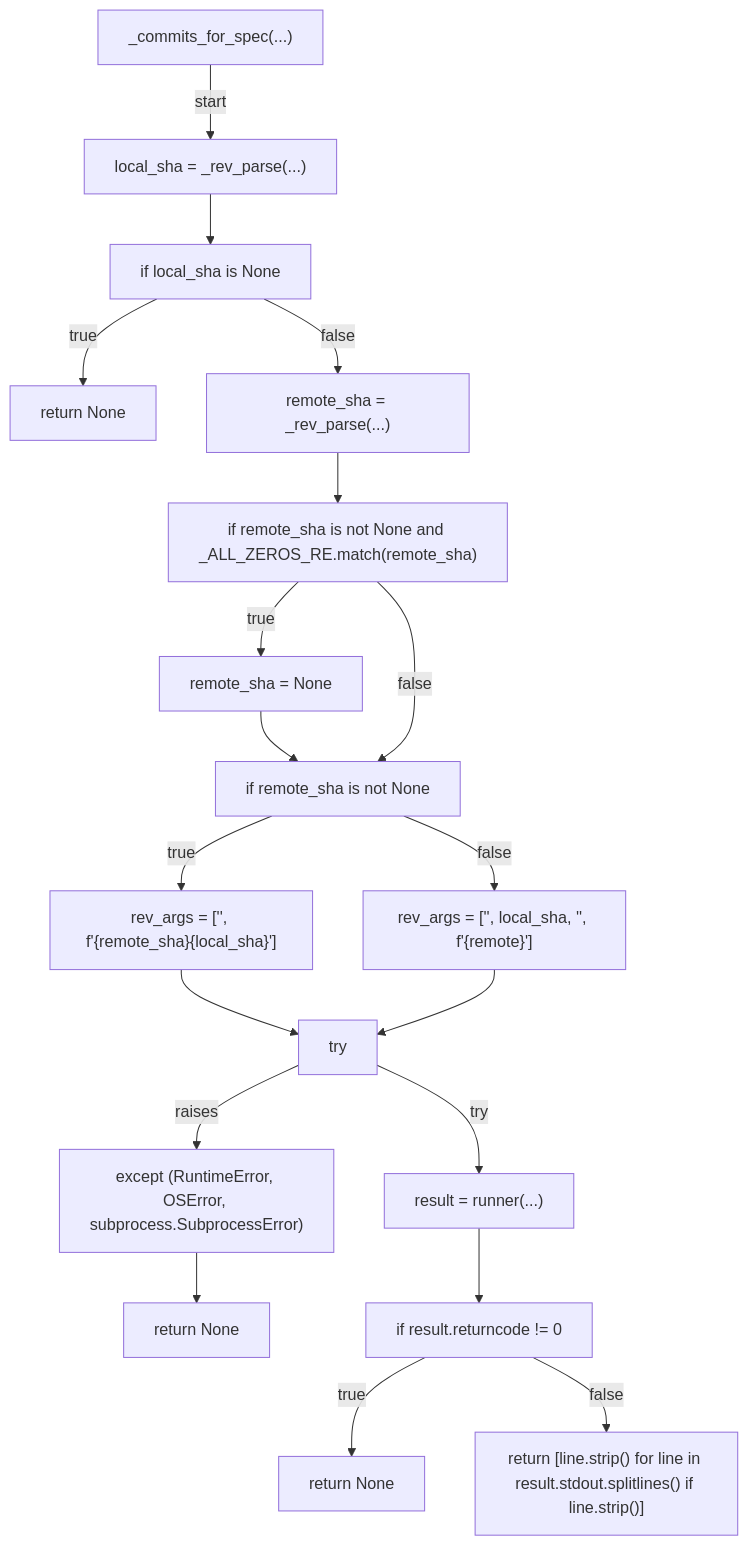
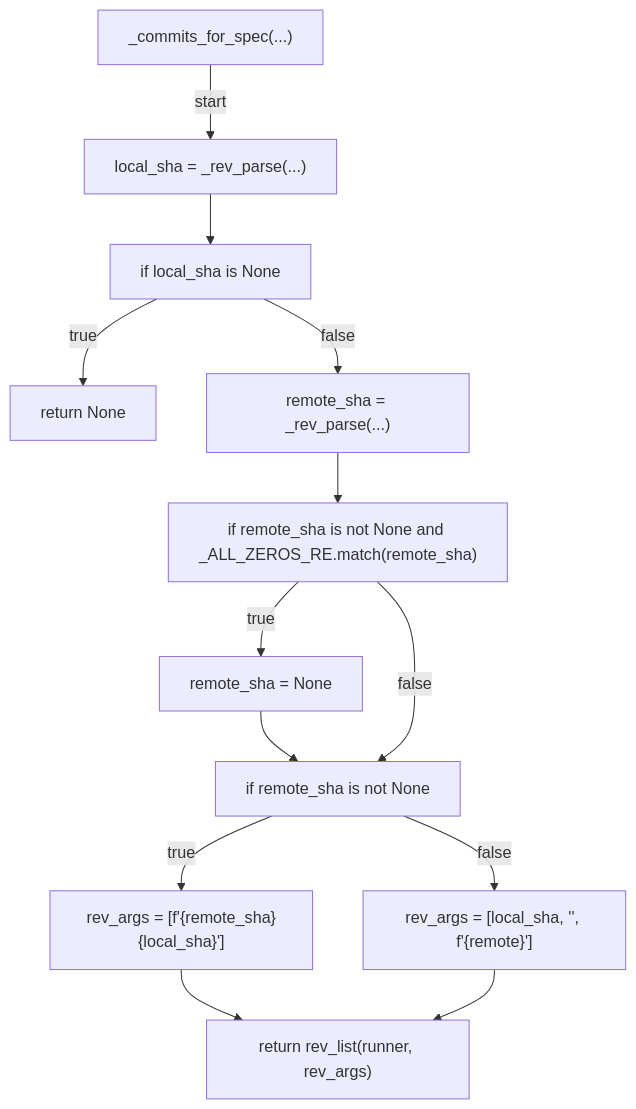
One commit to tvna/claude-md changed the seventh of 10 diagrams in docs/generated/scripts/ast/preflight_push_unsigned_commits.md. Above: the diagram before and after it, drawn with Mermaid. The commit also changed other lines of this file and 6 other files, not shown here.

First line of the commit message:
docs(generated): regenerate decision tree and workflow diagrams

````diff
--- a/docs/generated/scripts/ast/preflight_push_unsigned_commits.md
+++ b/docs/generated/scripts/ast/preflight_push_unsigned_commits.md
@@ -135,38 +126,26 @@
 ```mermaid
 flowchart TD
     N001["_commits_for_spec(...)"]
     N002["local_sha = _rev_parse(...)"]
     N003["if local_sha is None"]
     N004["return None"]
     N005["remote_sha = _rev_parse(...)"]
     N006["if remote_sha is not None and _ALL_ZEROS_RE.match(remote_sha)"]
     N007["remote_sha = None"]
     N008["if remote_sha is not None"]
-    N009["rev_args = ['<str>', f'{remote_sha}<str>{local_sha}']"]
-    N010["rev_args = ['<str>', local_sha, '<str>', f'<str>{remote}']"]
-    N011["try"]
-    N012["result = runner(...)"]
-    N013["except (RuntimeError, OSError, subprocess.SubprocessError)"]
-    N014["return None"]
-    N015["if result.returncode != 0"]
-    N016["return None"]
-    N017["return [line.strip() for line in result.stdout.splitlines() if line.strip()]"]
+    N009["rev_args = [f'{remote_sha}<str>{local_sha}']"]
+    N010["rev_args = [local_sha, '<str>', f'<str>{remote}']"]
+    N011["return rev_list(runner, rev_args)"]
     N001 -->|"start"| N002
     N002 --> N003
     N003 -->|"true"| N004
     N003 -->|"false"| N005
     N005 --> N006
     N006 -->|"true"| N007
     N007 --> N008
     N006 -->|"false"| N008
     N008 -->|"true"| N009
     N008 -->|"false"| N010
     N009 --> N011
     N010 --> N011
-    N011 -->|"try"| N012
-    N011 -->|"raises"| N013
-    N013 --> N014
-    N012 --> N015
-    N015 -->|"true"| N016
-    N015 -->|"false"| N017
 ```
````
